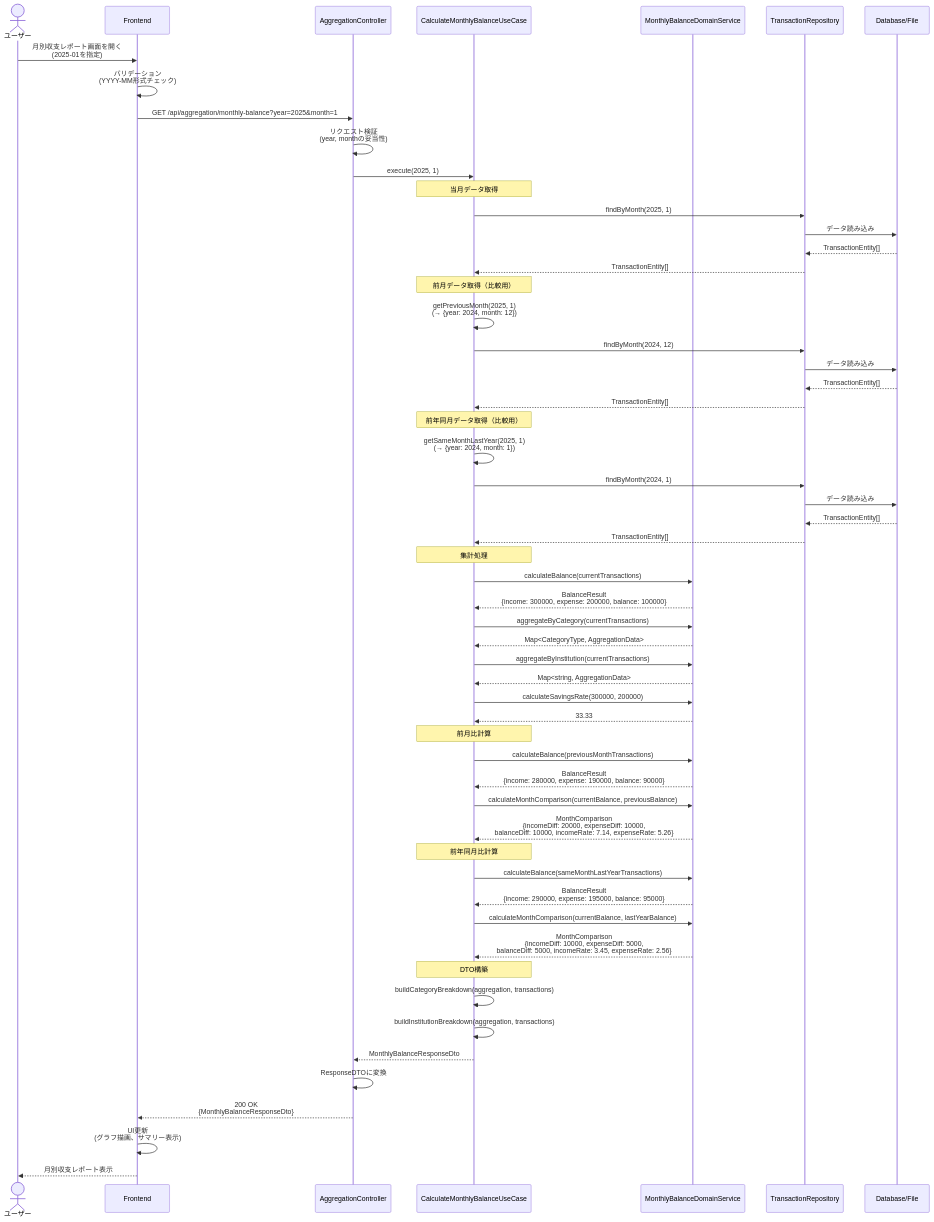
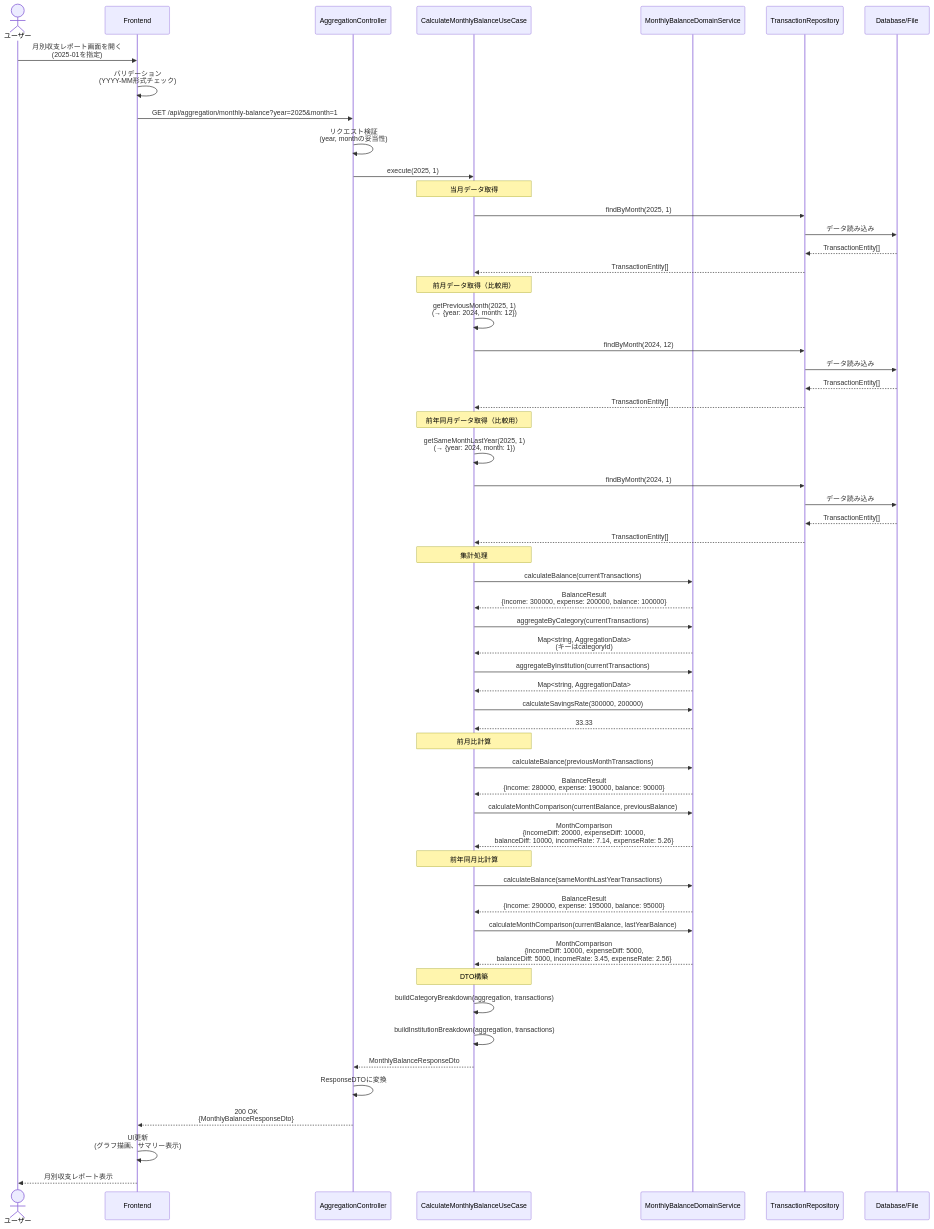
The first of 4 diagrams in docs/detailed-design/FR-016_monthly-balance-aggregation/sequence-diagrams.md (kencom2400/account-book), drawn with Mermaid before and after one commit. The commit also changed other lines of this file and 1 other file, not shown here.

Commit message:
docs(aggregation): aggregateByCategoryの戻り値型を修正
Gemini指摘対応: aggregateByCategoryの戻り値型をMap<CategoryType, AggregationData>から
Map<string, AggregationData>に修正。categoryIdごとの集計が必要なため。

- class-diagrams.md: 戻り値型とメソッド説明を修正
- sequence-diagrams.md: 戻り値型と説明を修正

````diff
--- a/docs/detailed-design/FR-016_monthly-balance-aggregation/sequence-diagrams.md
+++ b/docs/detailed-design/FR-016_monthly-balance-aggregation/sequence-diagrams.md
@@ -33,74 +33,74 @@
 ```mermaid
 sequenceDiagram
     actor User as ユーザー
     participant FE as Frontend
     participant API as AggregationController
     participant UC as CalculateMonthlyBalanceUseCase
     participant DS as MonthlyBalanceDomainService
     participant Repo as TransactionRepository
     participant DB as Database/File
 
     User->>FE: 月別収支レポート画面を開く<br/>(2025-01を指定)
     FE->>FE: バリデーション<br/>(YYYY-MM形式チェック)
     FE->>API: GET /api/aggregation/monthly-balance?year=2025&month=1
 
     API->>API: リクエスト検証<br/>(year, monthの妥当性)
     API->>UC: execute(2025, 1)
 
     Note over UC: 当月データ取得
     UC->>Repo: findByMonth(2025, 1)
     Repo->>DB: データ読み込み
     DB-->>Repo: TransactionEntity[]
     Repo-->>UC: TransactionEntity[]
 
     Note over UC: 前月データ取得（比較用）
     UC->>UC: getPreviousMonth(2025, 1)<br/>(→ {year: 2024, month: 12})
     UC->>Repo: findByMonth(2024, 12)
     Repo->>DB: データ読み込み
     DB-->>Repo: TransactionEntity[]
     Repo-->>UC: TransactionEntity[]
 
     Note over UC: 前年同月データ取得（比較用）
     UC->>UC: getSameMonthLastYear(2025, 1)<br/>(→ {year: 2024, month: 1})
     UC->>Repo: findByMonth(2024, 1)
     Repo->>DB: データ読み込み
     DB-->>Repo: TransactionEntity[]
     Repo-->>UC: TransactionEntity[]
 
     Note over UC: 集計処理
     UC->>DS: calculateBalance(currentTransactions)
     DS-->>UC: BalanceResult<br/>{income: 300000, expense: 200000, balance: 100000}
 
     UC->>DS: aggregateByCategory(currentTransactions)
-    DS-->>UC: Map<CategoryType, AggregationData>
+    DS-->>UC: Map<string, AggregationData><br/>(キーはcategoryId)
 
     UC->>DS: aggregateByInstitution(currentTransactions)
     DS-->>UC: Map<string, AggregationData>
 
     UC->>DS: calculateSavingsRate(300000, 200000)
     DS-->>UC: 33.33
 
     Note over UC: 前月比計算
     UC->>DS: calculateBalance(previousMonthTransactions)
     DS-->>UC: BalanceResult<br/>{income: 280000, expense: 190000, balance: 90000}
 
     UC->>DS: calculateMonthComparison(currentBalance, previousBalance)
     DS-->>UC: MonthComparison<br/>{incomeDiff: 20000, expenseDiff: 10000,<br/>balanceDiff: 10000, incomeRate: 7.14, expenseRate: 5.26}
 
     Note over UC: 前年同月比計算
     UC->>DS: calculateBalance(sameMonthLastYearTransactions)
     DS-->>UC: BalanceResult<br/>{income: 290000, expense: 195000, balance: 95000}
 
     UC->>DS: calculateMonthComparison(currentBalance, lastYearBalance)
     DS-->>UC: MonthComparison<br/>{incomeDiff: 10000, expenseDiff: 5000,<br/>balanceDiff: 5000, incomeRate: 3.45, expenseRate: 2.56}
 
     Note over UC: DTO構築
     UC->>UC: buildCategoryBreakdown(aggregation, transactions)
     UC->>UC: buildInstitutionBreakdown(aggregation, transactions)
     UC-->>API: MonthlyBalanceResponseDto
 
     API->>API: ResponseDTOに変換
     API-->>FE: 200 OK<br/>{MonthlyBalanceResponseDto}
     FE->>FE: UI更新<br/>(グラフ描画、サマリー表示)
     FE-->>User: 月別収支レポート表示
 ```
````
